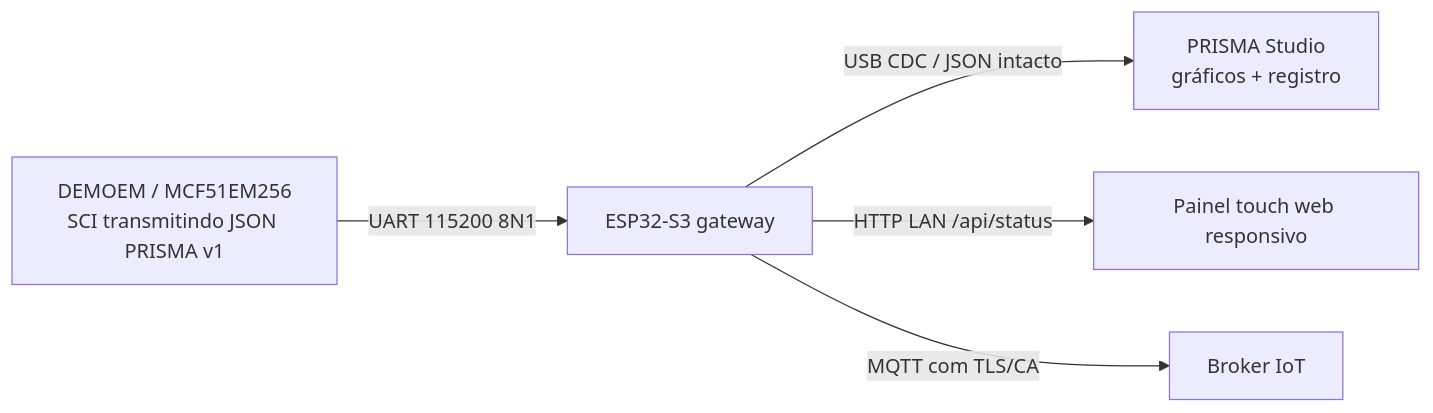
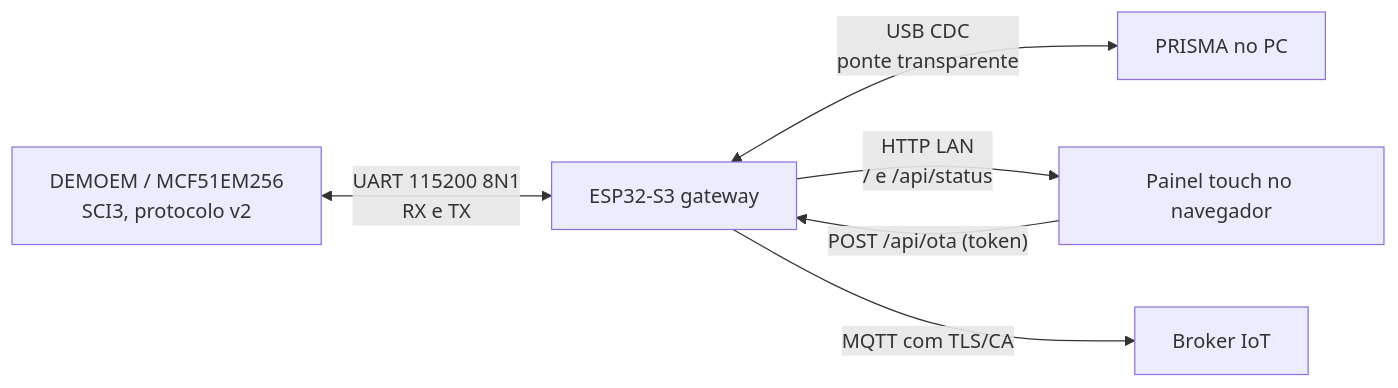
One commit to frahncky/PRISMA changed the diagram in gateway/esp32s3/README.md. Above: the diagram before and after it, drawn with Mermaid. The commit also changed other lines of this file and 16 other files, not shown here.

First line of the commit message:
feat: gateway ESP32-S3 no protocolo v2, ponte USB e atualização da DEMOEM por Wi-Fi

````diff
--- a/gateway/esp32s3/README.md
+++ b/gateway/esp32s3/README.md
@@ -9,7 +9,8 @@
 ```mermaid
 flowchart LR
-  ColdFire["DEMOEM / MCF51EM256<br/>SCI transmitindo JSON PRISMA v1"] -->|UART 115200 8N1| ESP["ESP32-S3 gateway"]
-  ESP -->|USB CDC / JSON intacto| Desktop["PRISMA Studio<br/>gráficos + registro"]
-  ESP -->|HTTP LAN /api/status| Web["Painel touch web responsivo"]
-  ESP -->|MQTT com TLS/CA| Broker["Broker IoT"]
+  ColdFire["DEMOEM / MCF51EM256<br/>SCI3, protocolo v2"] <-->|"UART 115200 8N1<br/>RX e TX"| ESP["ESP32-S3 gateway"]
+  ESP <-->|"USB CDC<br/>ponte transparente"| Desktop["PRISMA no PC"]
+  ESP -->|"HTTP LAN<br/>/ e /api/status"| Web["Painel touch no navegador"]
+  Web -->|"POST /api/ota (token)"| ESP
+  ESP -->|"MQTT com TLS/CA"| Broker["Broker IoT"]
 ```
````
